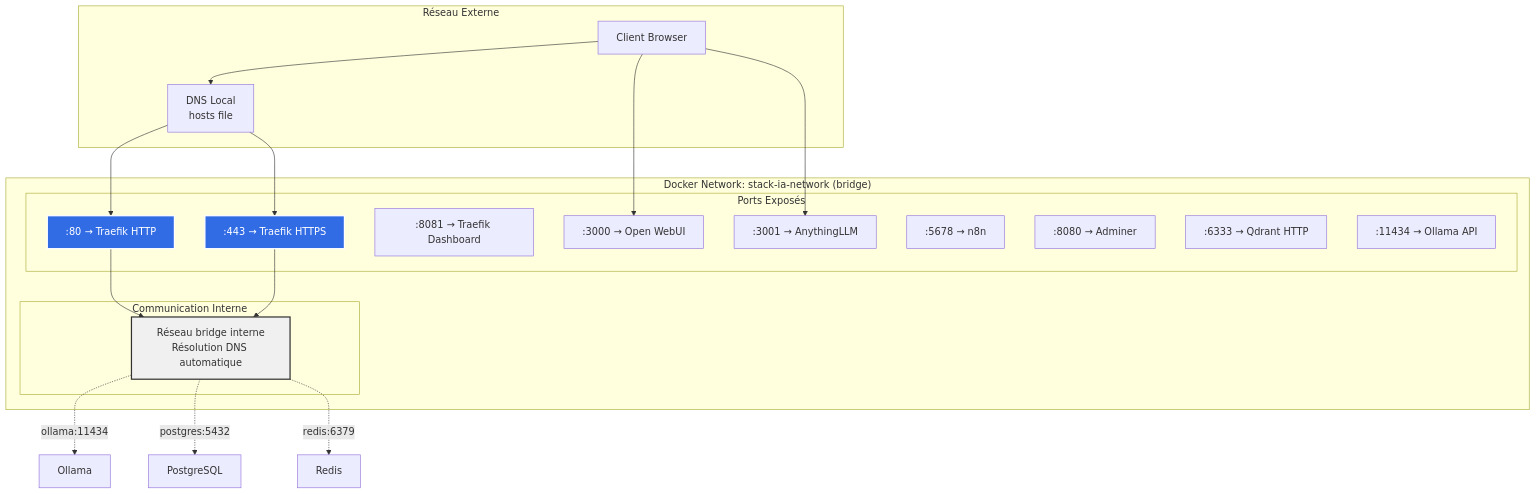
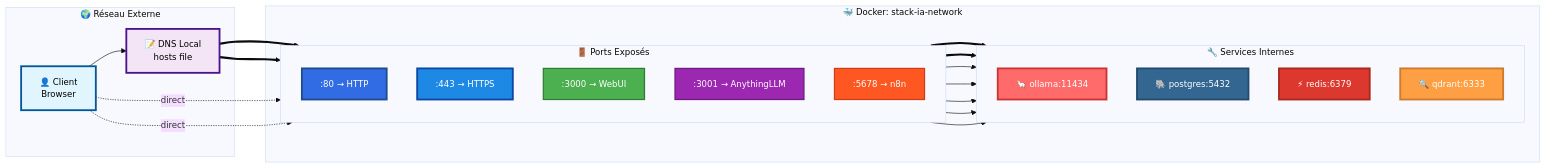
The fifth of 14 diagrams in docs/ARCHITECTURE.md (MPFabio/Stack-IA), drawn with Mermaid before and after one commit. The commit also changed other lines of this file, not shown here.

First line of the commit message:
feat(docs): Architecture ultra-colorée et moderne

````diff
--- a/docs/ARCHITECTURE.md
+++ b/docs/ARCHITECTURE.md
@@ -286,41 +313,53 @@
 ```mermaid
-graph TB
-    subgraph "Réseau Externe"
-        CLIENT[Client Browser]
-        DNS[DNS Local<br/>hosts file]
+%%{init: {'theme':'base', 'themeVariables': { 'fontSize':'14px'}}}%%
+graph LR
+    subgraph EXT["🌍 Réseau Externe"]
+        CLIENT["👤 Client<br/>Browser"]
+        DNS["📝 DNS Local<br/>hosts file"]
     end
     
-    subgraph "Docker Network: stack-ia-network (bridge)"
-        subgraph "Ports Exposés"
-            P80[":80 → Traefik HTTP"]
-            P443[":443 → Traefik HTTPS"]
-            P8081[":8081 → Traefik Dashboard"]
-            P3000[":3000 → Open WebUI"]
+    subgraph DOCKER["🐳 Docker: stack-ia-network"]
+        subgraph PORTS["🚪 Ports Exposés"]
+            direction TB
+            P80[":80 → HTTP"]
+            P443[":443 → HTTPS"]
+            P3000[":3000 → WebUI"]
             P3001[":3001 → AnythingLLM"]
             P5678[":5678 → n8n"]
-            P8080[":8080 → Adminer"]
-            P6333[":6333 → Qdrant HTTP"]
-            P11434[":11434 → Ollama API"]
         end
         
-        subgraph "Communication Interne"
-            INT[Réseau bridge interne<br/>Résolution DNS automatique]
+        subgraph SERVICES["🔧 Services Internes"]
+            direction TB
+            OLLAMA["🦙 ollama:11434"]
+            POSTGRES["🐘 postgres:5432"]
+            REDIS["⚡ redis:6379"]
+            QDRANT["🔍 qdrant:6333"]
         end
     end
     
     CLIENT --> DNS
-    DNS --> P80
-    DNS --> P443
-    CLIENT --> P3000
-    CLIENT --> P3001
+    DNS ==> P80
+    DNS ==> P443
+    CLIENT -.direct.-> P3000
+    CLIENT -.direct.-> P3001
     
-    P80 --> INT
-    P443 --> INT
-    INT -.->|ollama:11434| OLLAMA_INT[Ollama]
-    INT -.->|postgres:5432| PG_INT[PostgreSQL]
-    INT -.->|redis:6379| REDIS_INT[Redis]
+    P80 ==> OLLAMA
+    P80 ==> QDRANT
+    P3000 --> OLLAMA
+    P3001 --> OLLAMA
+    P3001 --> QDRANT
+    P5678 --> POSTGRES
+    P5678 --> REDIS
     
-    style P80 fill:#326ce5,stroke:#fff,stroke-width:2px,color:#fff
-    style P443 fill:#326ce5,stroke:#fff,stroke-width:2px,color:#fff
-    style INT fill:#f0f0f0,stroke:#333,stroke-width:2px
+    style CLIENT fill:#e1f5fe,stroke:#01579b,stroke-width:3px,color:#000
+    style DNS fill:#f3e5f5,stroke:#4a148c,stroke-width:3px,color:#000
+    style P80 fill:#326ce5,stroke:#1e4d8b,stroke-width:3px,color:#fff
+    style P443 fill:#1e88e5,stroke:#0d47a1,stroke-width:3px,color:#fff
+    style P3000 fill:#4CAF50,stroke:#2e7d32,stroke-width:2px,color:#fff
+    style P3001 fill:#9C27B0,stroke:#6a1b7f,stroke-width:2px,color:#fff
+    style P5678 fill:#FF5722,stroke:#cc3d18,stroke-width:2px,color:#fff
+    style OLLAMA fill:#ff6b6b,stroke:#cc3333,stroke-width:3px,color:#fff
+    style POSTGRES fill:#336791,stroke:#234a6d,stroke-width:3px,color:#fff
+    style REDIS fill:#dc382d,stroke:#a82820,stroke-width:3px,color:#fff
+    style QDRANT fill:#ff9f43,stroke:#cc7a2e,stroke-width:3px,color:#fff
 ```
````
